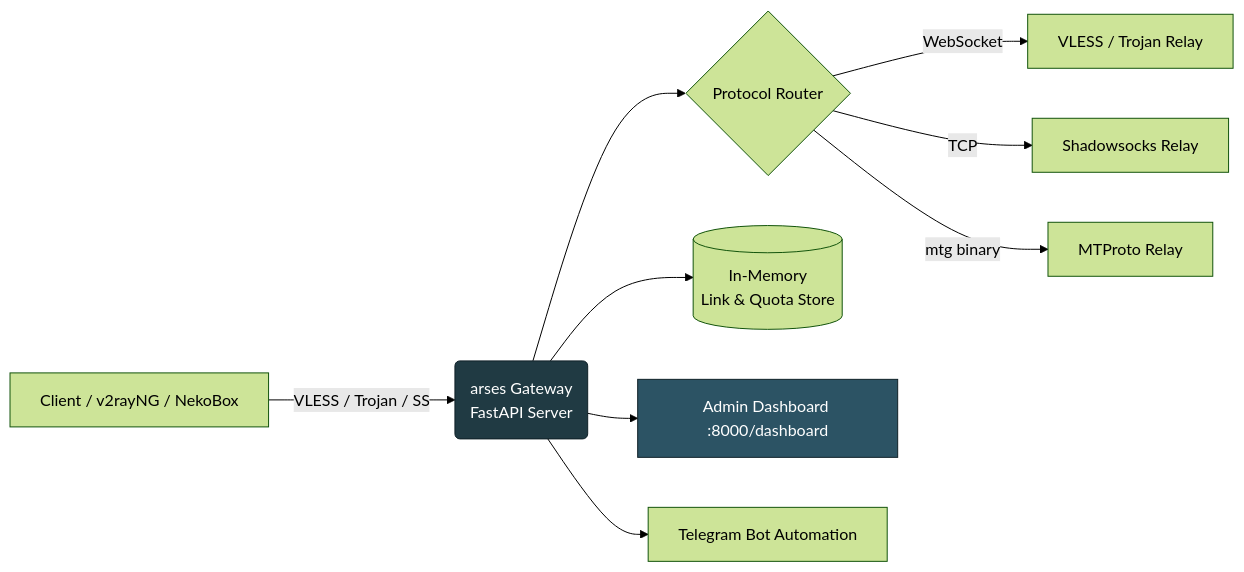
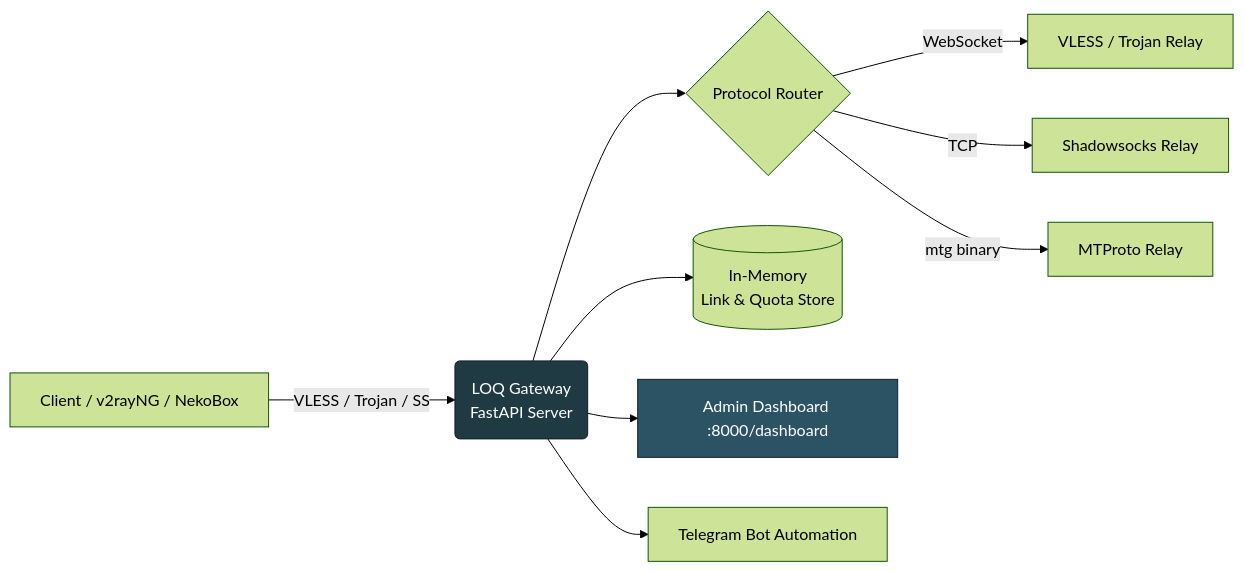
Before and after one commit to arses12345/BMW: the first of 2 diagrams in README.md, drawn with Mermaid (forest theme). The commit also changed other lines of this file and 9 other files, not shown here.

````diff
--- a/README.md
+++ b/README.md
@@ -125,13 +125,13 @@
 ```mermaid
 flowchart LR
-    A[Client / v2rayNG / NekoBox] -->|VLESS / Trojan / SS| B(arses Gateway<br/>FastAPI Server)
+    A[Client / v2rayNG / NekoBox] -->|VLESS / Trojan / SS| B(LOQ Gateway<br/>FastAPI Server)
     B --> C{Protocol Router}
     C -->|WebSocket| D[VLESS / Trojan Relay]
     C -->|TCP| E[Shadowsocks Relay]
     C -->|mtg binary| F[MTProto Relay]
     B --> G[(In-Memory<br/>Link & Quota Store)]
     B --> H[Admin Dashboard :8000/dashboard]
     B --> I[Telegram Bot Automation]
     style B fill:#203a43,stroke:#0f2027,color:#fff
     style H fill:#2c5364,stroke:#0f2027,color:#fff
 ```
````
